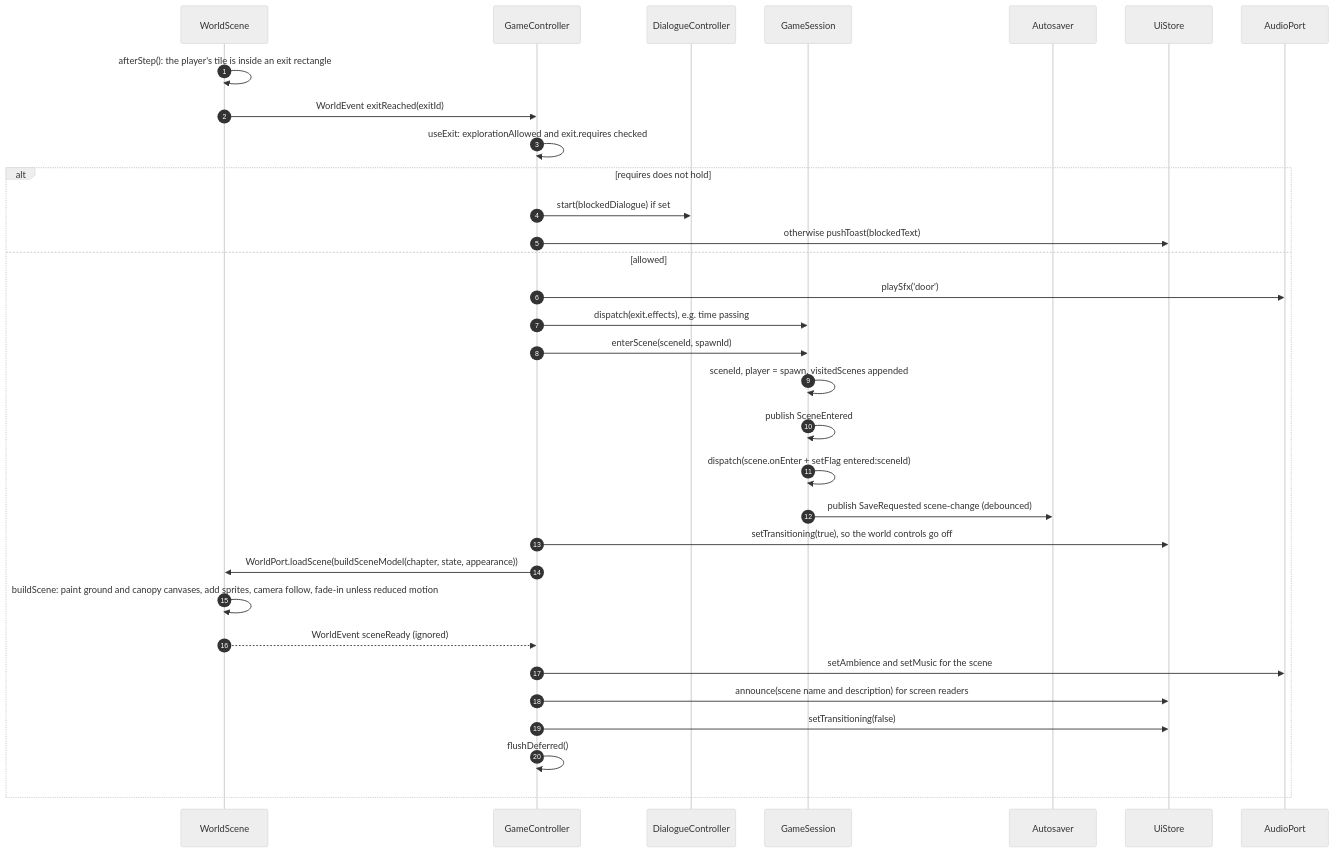
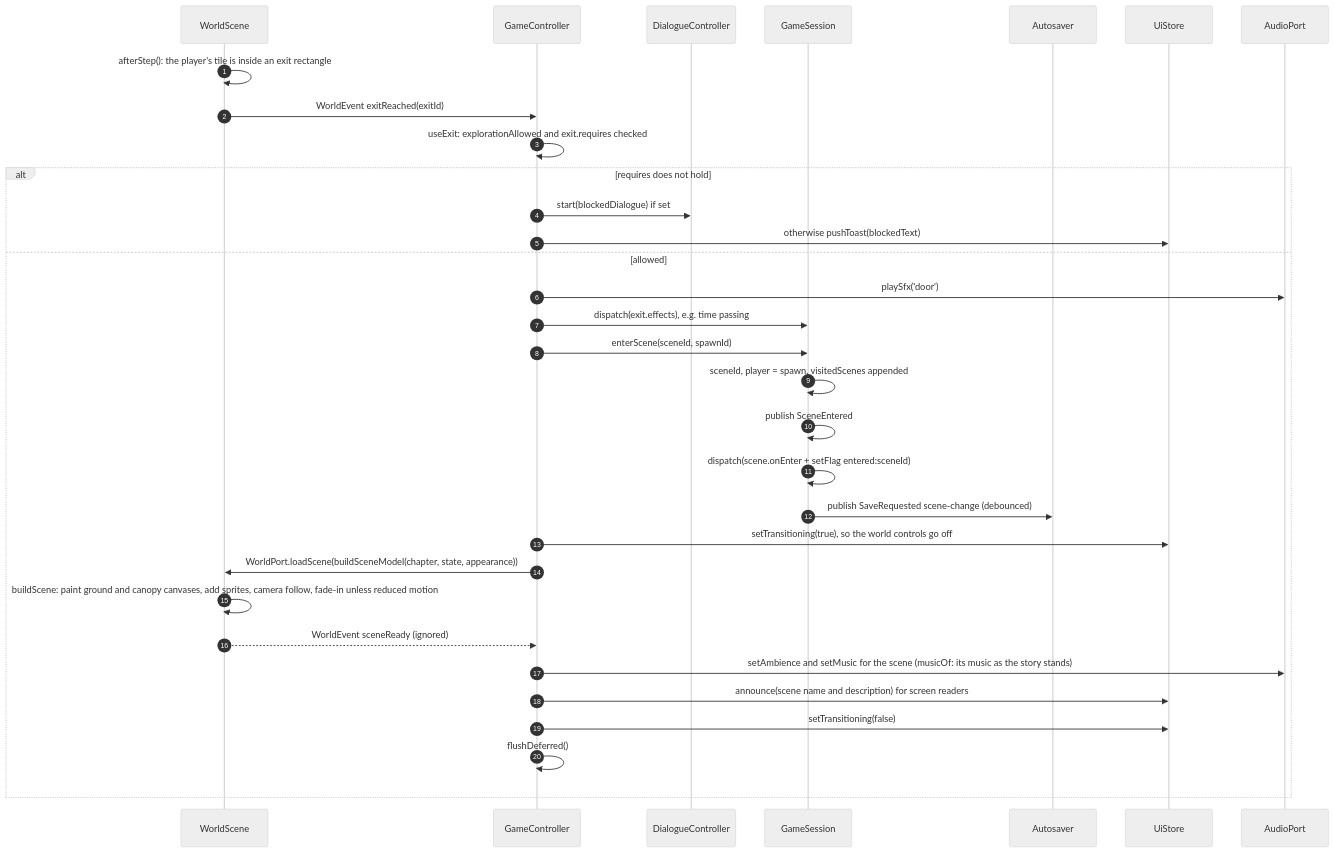
The ninth of 13 diagrams in docs/architecture.md (Zac-Harlan-Lee-Enterprises/witness), drawn with Mermaid (neutral theme) before and after one commit. The commit also changed other lines of this file and 15 other files, not shown here.

````diff
--- a/docs/architecture.md
+++ b/docs/architecture.md
@@ -877,35 +879,35 @@
 ```mermaid
 sequenceDiagram
   autonumber
   participant WS as WorldScene
   participant GC as GameController
   participant DC as DialogueController
   participant S as GameSession
   participant AS as Autosaver
   participant UI as UiStore
   participant AU as AudioPort
 
   WS->>WS: afterStep(): the player's tile is inside an exit rectangle
   WS->>GC: WorldEvent exitReached(exitId)
   GC->>GC: useExit: explorationAllowed and exit.requires checked
   alt requires does not hold
     GC->>DC: start(blockedDialogue) if set
     GC->>UI: otherwise pushToast(blockedText)
   else allowed
     GC->>AU: playSfx('door')
     GC->>S: dispatch(exit.effects), e.g. time passing
     GC->>S: enterScene(sceneId, spawnId)
     S->>S: sceneId, player = spawn, visitedScenes appended
     S->>S: publish SceneEntered
     S->>S: dispatch(scene.onEnter + setFlag entered:sceneId)
     S->>AS: publish SaveRequested scene-change (debounced)
     GC->>UI: setTransitioning(true), so the world controls go off
     GC->>WS: WorldPort.loadScene(buildSceneModel(chapter, state, appearance))
     WS->>WS: buildScene: paint ground and canopy canvases, add sprites, camera follow, fade-in unless reduced motion
     WS-->>GC: WorldEvent sceneReady (ignored)
-    GC->>AU: setAmbience and setMusic for the scene
+    GC->>AU: setAmbience and setMusic for the scene (musicOf: its music as the story stands)
     GC->>UI: announce(scene name and description) for screen readers
     GC->>UI: setTransitioning(false)
     GC->>GC: flushDeferred()
   end
 ```
````
